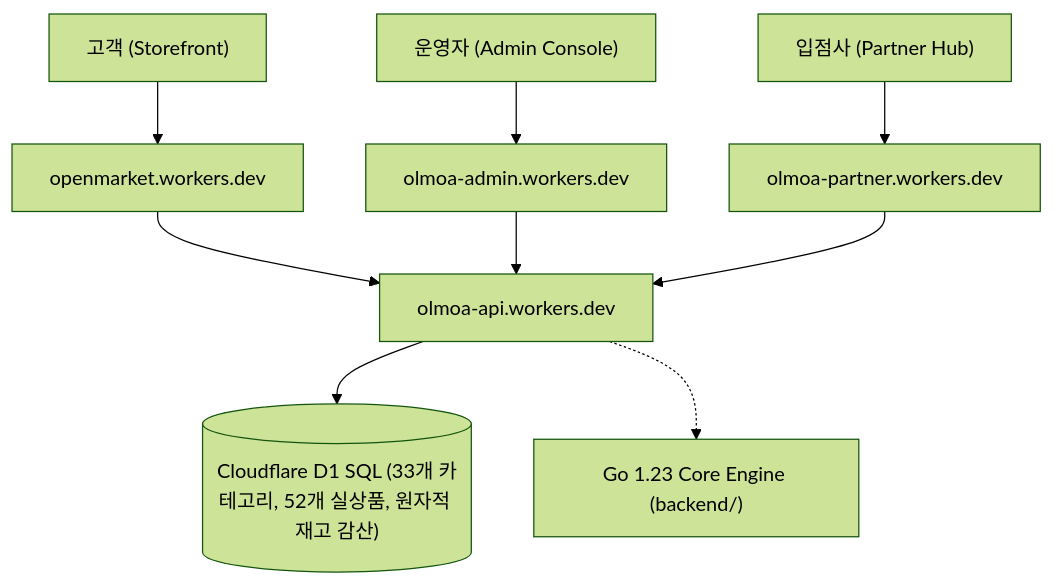
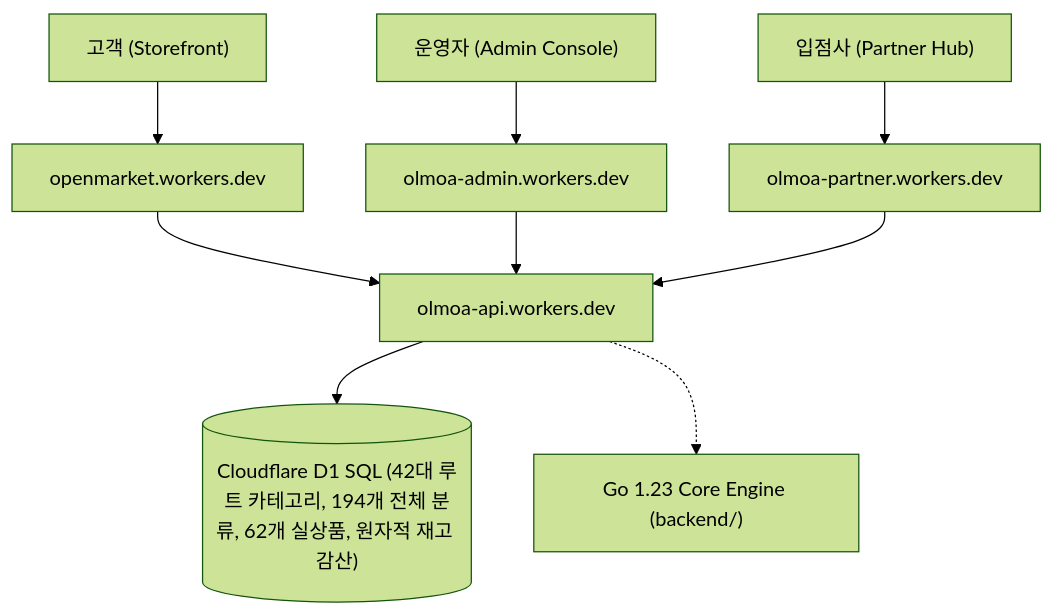
One commit to dnjstjqppk-dev/openmarket changed the diagram in README.md. Above: the diagram before and after it, drawn with Mermaid (forest theme). The commit also changed other lines of this file and 73 other files, not shown here.

````diff
--- a/README.md
+++ b/README.md
@@ -27,10 +27,10 @@
 ```mermaid
 flowchart TD
     Buyer["고객 (Storefront)"] --> CF_Store["openmarket.workers.dev"]
     Admin["운영자 (Admin Console)"] --> CF_Admin["olmoa-admin.workers.dev"]
     Partner["입점사 (Partner Hub)"] --> CF_Partner["olmoa-partner.workers.dev"]
     
     CF_Store & CF_Admin & CF_Partner --> CF_API["olmoa-api.workers.dev"]
-    CF_API --> D1[("Cloudflare D1 SQL (33개 카테고리, 52개 실상품, 원자적 재고 감산)")]
+    CF_API --> D1[("Cloudflare D1 SQL (42대 루트 카테고리, 194개 전체 분류, 62개 실상품, 원자적 재고 감산)")]
     CF_API -.-> GoEngine["Go 1.23 Core Engine (backend/)"]
 ```
````
